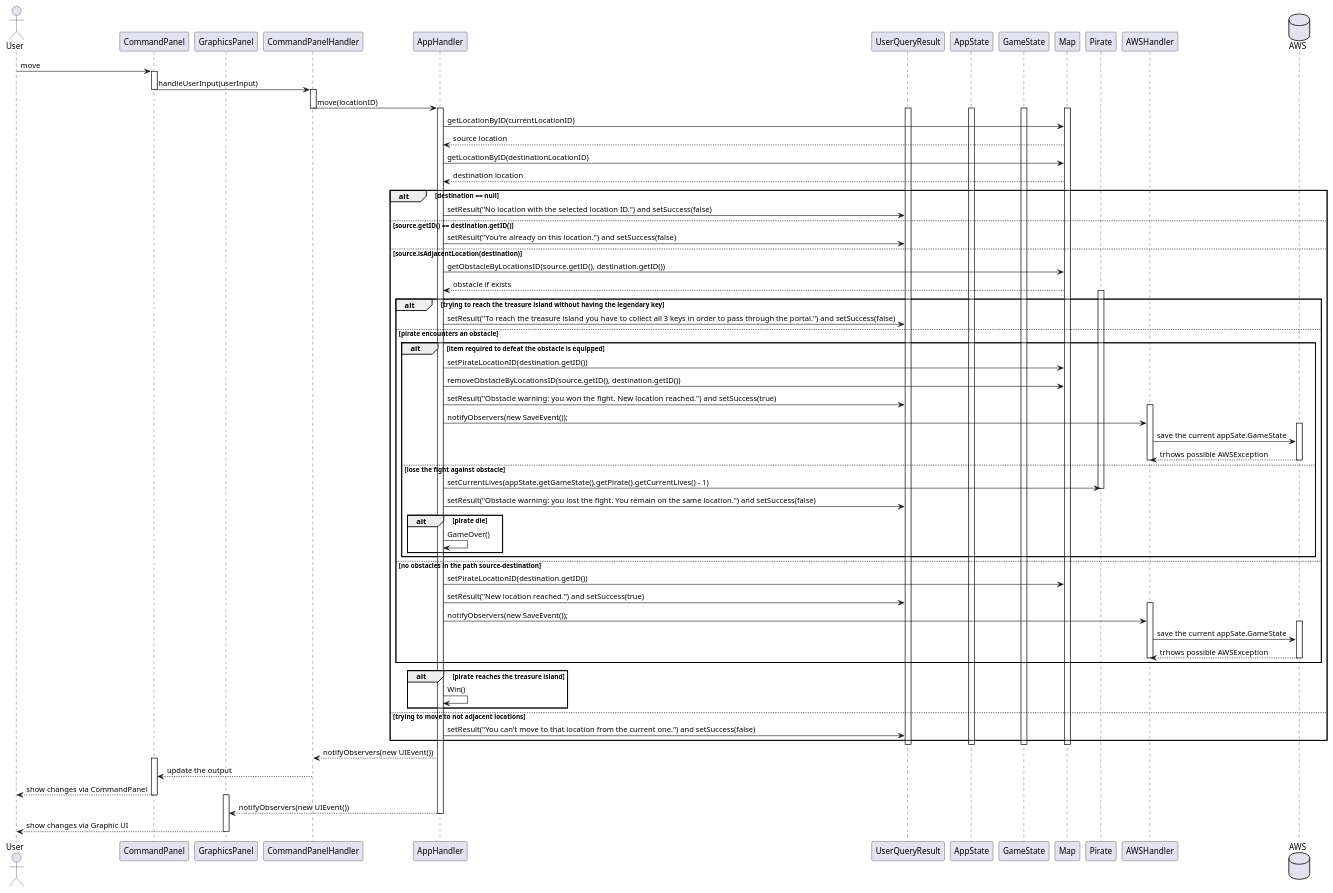
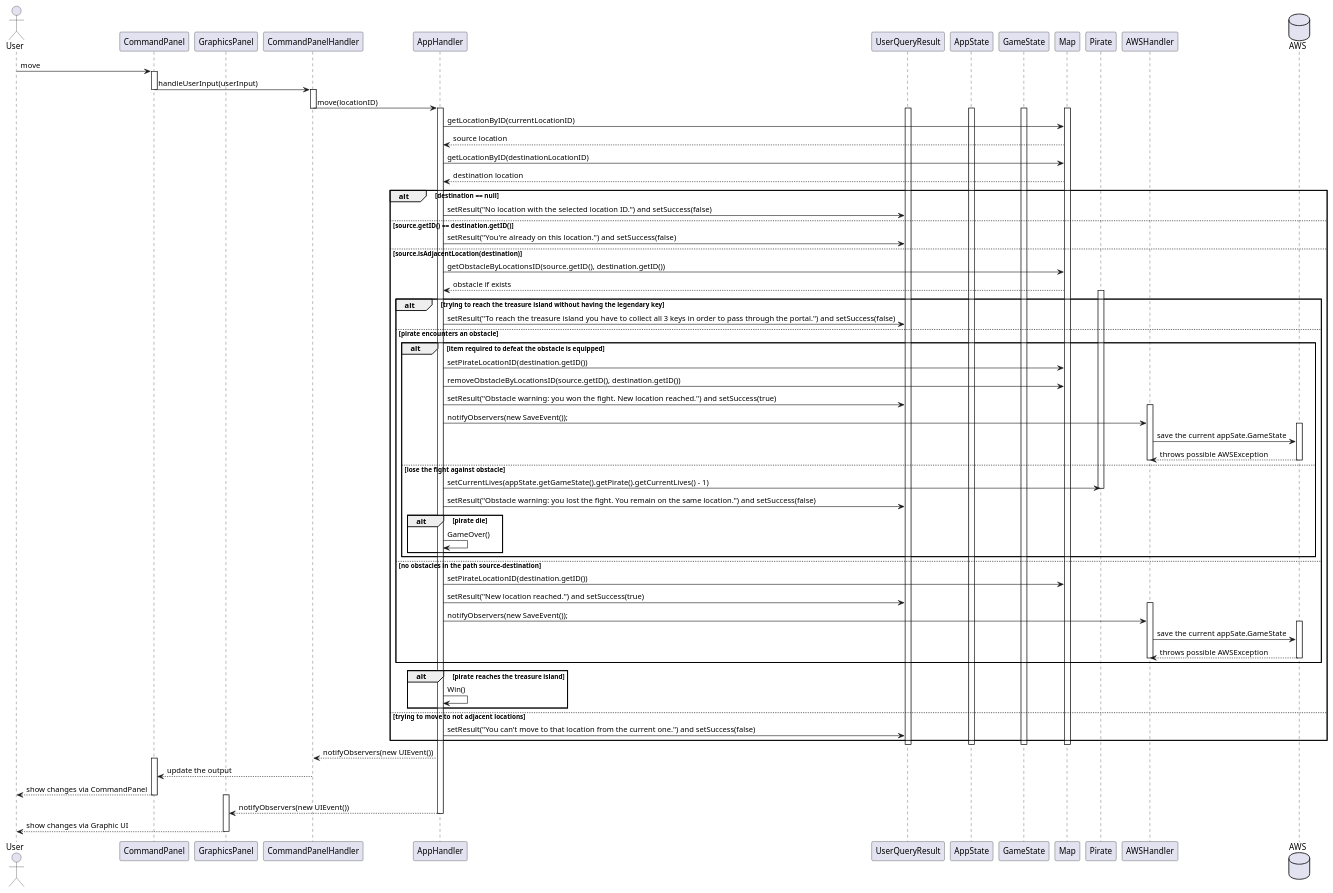
One commit to yammooo/pirate-text-adventure changed the diagram in docs/sequence_diagrams/Move.puml. Above: the diagram before and after it, drawn with PlantUML. The commit also changed 5 other files, not shown here.

```diff
--- a/docs/sequence_diagrams/Move.puml
+++ b/docs/sequence_diagrams/Move.puml
@@ -1,105 +1,105 @@
 @startuml
 
 actor User
 
 participant CommandPanel
 participant GraphicsPanel
 participant CommandPanelHandler
 participant AppHandler
 participant UserQueryResult
 participant AppState
 participant GameState
 participant Map
 participant Pirate
 participant AWSHandler
 
 database AWS
 
 User -> CommandPanel : move
 activate CommandPanel
 CommandPanel -> CommandPanelHandler : handleUserInput(userInput)
 deactivate CommandPanel
 activate CommandPanelHandler
 CommandPanelHandler -> AppHandler : move(locationID)
 deactivate CommandPanelHandler
 activate AppHandler
 activate UserQueryResult
 activate AppState
 activate GameState
 activate Map
 AppHandler -> Map : getLocationByID(currentLocationID)
 Map --> AppHandler : source location
 AppHandler -> Map : getLocationByID(destinationLocationID)
 Map --> AppHandler : destination location
 
 alt destination == null
 AppHandler -> UserQueryResult : setResult("No location with the selected location ID.") and setSuccess(false)
 else source.getID() == destination.getID()
 AppHandler -> UserQueryResult : setResult("You're already on this location.") and setSuccess(false)
 else source.isAdjacentLocation(destination)
 AppHandler -> Map : getObstacleByLocationsID(source.getID(), destination.getID())
 Map --> AppHandler : obstacle if exists
     activate Pirate
     alt trying to reach the treasure island without having the legendary key
     AppHandler -> UserQueryResult : setResult("To reach the treasure island you have to collect all 3 keys in order to pass through the portal.") and setSuccess(false)
     else pirate encounters an obstacle
         alt item required to defeat the obstacle is equipped
         AppHandler -> Map : setPirateLocationID(destination.getID())
         AppHandler -> Map : removeObstacleByLocationsID(source.getID(), destination.getID())
         AppHandler -> UserQueryResult : setResult("Obstacle warning: you won the fight. New location reached.") and setSuccess(true)
         activate AWSHandler
         AppHandler -> AWSHandler : notifyObservers(new SaveEvent());
         activate AWS
         AWSHandler -> AWS : save the current appSate.GameState
-        AWS --> AWSHandler : trhows possible AWSException
+        AWS --> AWSHandler : throws possible AWSException
         deactivate AWS
         deactivate AWSHandler
         else lose the fight against obstacle
         AppHandler -> Pirate : setCurrentLives(appState.getGameState().getPirate().getCurrentLives() - 1)
         deactivate Pirate
         AppHandler -> UserQueryResult : setResult("Obstacle warning: you lost the fight. You remain on the same location.") and setSuccess(false)
             alt pirate die
             AppHandler -> AppHandler : GameOver()
             end
         end
     else no obstacles in the path source-destination
     AppHandler -> Map : setPirateLocationID(destination.getID())
     AppHandler -> UserQueryResult : setResult("New location reached.") and setSuccess(true)
     activate AWSHandler
     AppHandler -> AWSHandler : notifyObservers(new SaveEvent());
     activate AWS
     AWSHandler -> AWS : save the current appSate.GameState
-    AWS --> AWSHandler : trhows possible AWSException
+    AWS --> AWSHandler : throws possible AWSException
     deactivate AWS
     deactivate AWSHandler
     end
 
     alt pirate reaches the treasure island
     AppHandler -> AppHandler : Win()
     end
 else trying to move to not adjacent locations
 AppHandler -> UserQueryResult : setResult("You can't move to that location from the current one.") and setSuccess(false)
 end
 
 deactivate UserQueryResult
 deactivate AppState
 deactivate GameState
 deactivate Map
 
 activate CommandPanelHandler
 AppHandler --> CommandPanelHandler : notifyObservers(new UIEvent())
 activate CommandPanel
 CommandPanelHandler --> CommandPanel : update the output
 deactivate CommandPanelHandler
 CommandPanel --> User : show changes via CommandPanel
 deactivate CommandPanel
 
 activate GraphicsPanel
 AppHandler --> GraphicsPanel : notifyObservers(new UIEvent())
 deactivate AppHandler
 GraphicsPanel --> User : show changes via Graphic UI
 deactivate GraphicsPanel
 
 
 
 @enduml
```
